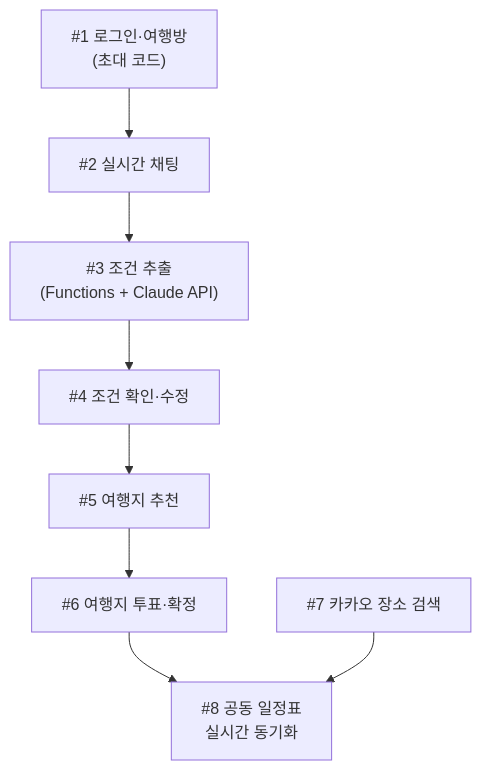
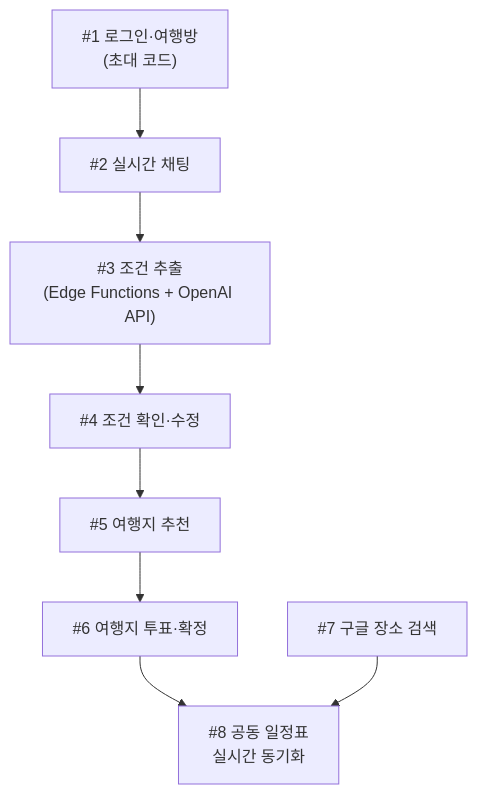
The diagram in docs/week-05.md (khwoo1803-hanyang/aix-2026f-team11), drawn with Mermaid before and after one commit. The commit also changed other lines of this file and 4 other files, not shown here.

Commit message:
docs: 기술 구성을 Supabase, OpenAI·Claude, Google Maps 기준으로 변경

````diff
--- a/docs/week-05.md
+++ b/docs/week-05.md
@@ -52,19 +52,19 @@
 ```mermaid
 graph TD
     T1["#1 로그인·여행방<br/>(초대 코드)"]
     T2["#2 실시간 채팅"]
-    T3["#3 조건 추출<br/>(Functions + Claude API)"]
+    T3["#3 조건 추출<br/>(Edge Functions + OpenAI API)"]
     T4["#4 조건 확인·수정"]
     T5["#5 여행지 추천"]
     T6["#6 여행지 투표·확정"]
-    T7["#7 카카오 장소 검색"]
+    T7["#7 구글 장소 검색"]
     T8["#8 공동 일정표<br/>실시간 동기화"]
 
     T1 --> T2
     T2 --> T3
     T3 --> T4
     T4 --> T5
     T5 --> T6
     T6 --> T8
     T7 --> T8
 ```
````
